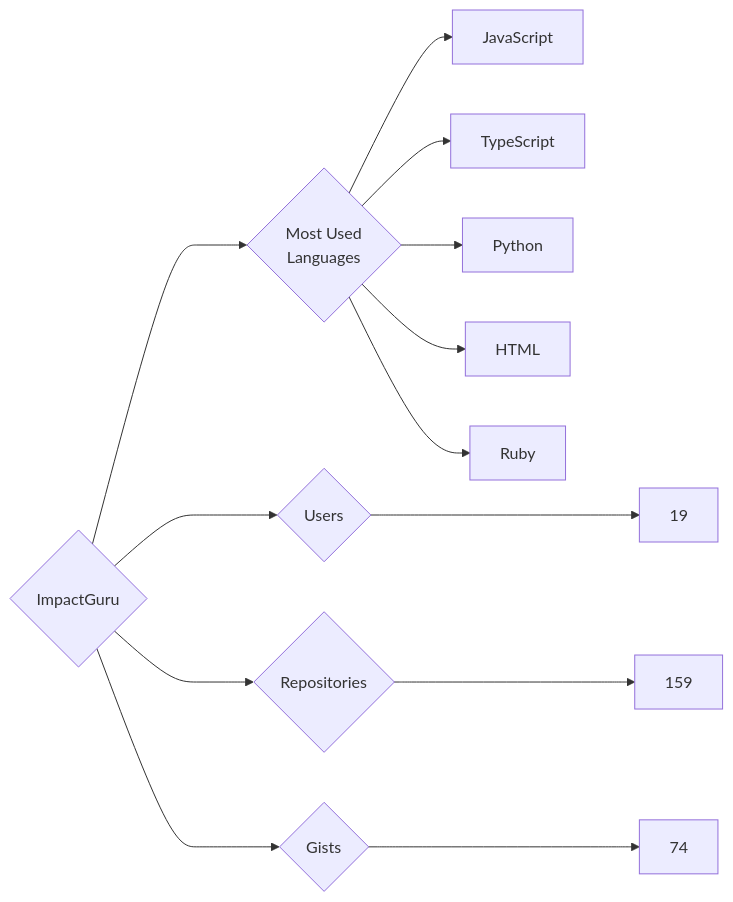
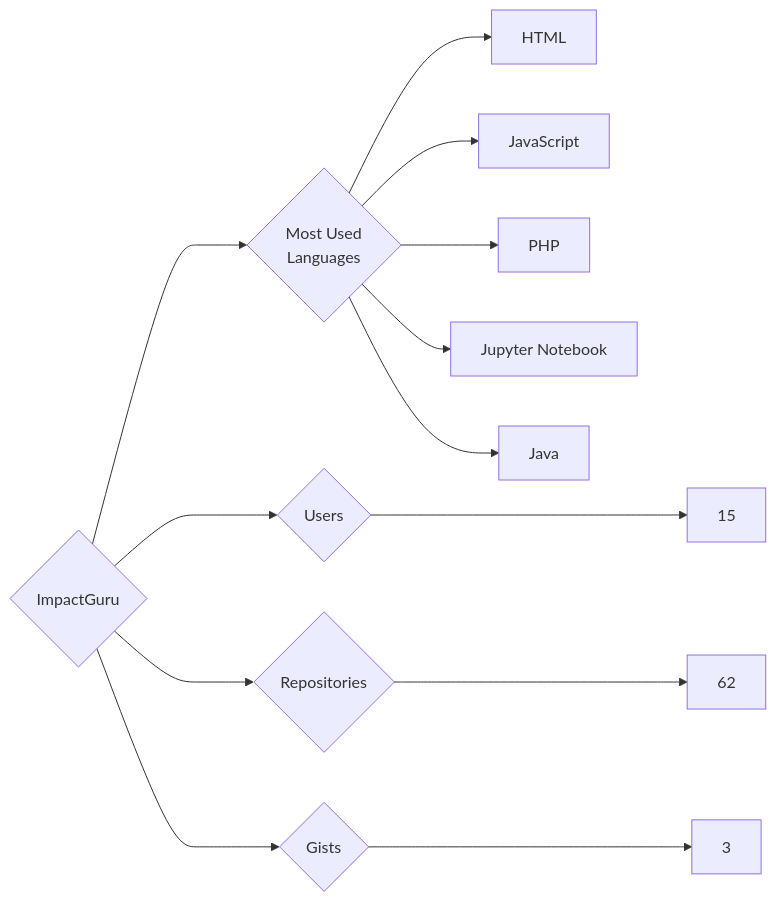
The diagram in targets/ImpactGuru/README.md (trickest/insiders), drawn with Mermaid before and after one commit. The commit also changed 736 other files, not shown here.

````diff
--- a/targets/ImpactGuru/README.md
+++ b/targets/ImpactGuru/README.md
@@ -3,13 +3,13 @@
 ```mermaid
 graph LR
 COMPANY_NAME{ImpactGuru}
-COMPANY_NAME ---> U{Users} ---> UN[19]
-COMPANY_NAME ---> R{Repositories} ---> RN[159]
-COMPANY_NAME ---> G{Gists} ---> GN[74]
+COMPANY_NAME ---> U{Users} ---> UN[15]
+COMPANY_NAME ---> R{Repositories} ---> RN[62]
+COMPANY_NAME ---> G{Gists} ---> GN[3]
 COMPANY_NAME ---> ML{Most Used<br>Languages}
+ML --> HTML[HTML]
 ML --> JavaScript[JavaScript]
-ML --> TypeScript[TypeScript]
-ML --> Python[Python]
-ML --> HTML[HTML]
-ML --> Ruby[Ruby]
+ML --> PHP[PHP]
+ML --> Jupyter_Notebook[Jupyter Notebook]
+ML --> Java[Java]
 ```
````
